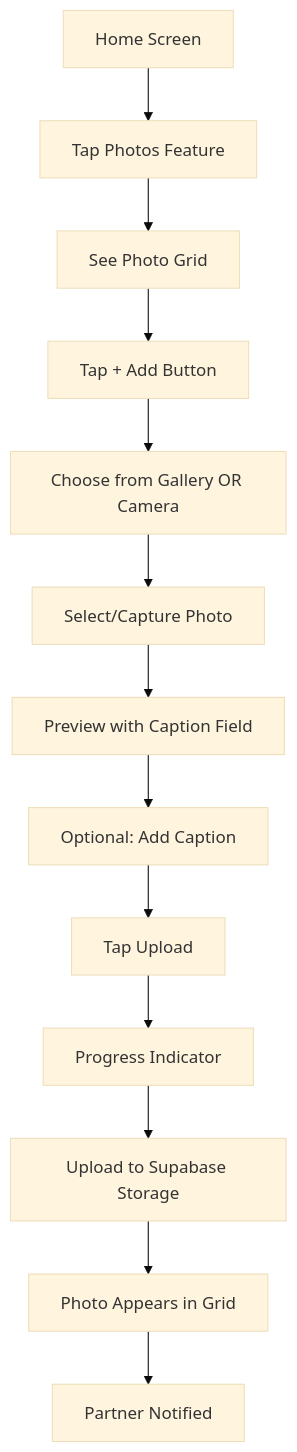
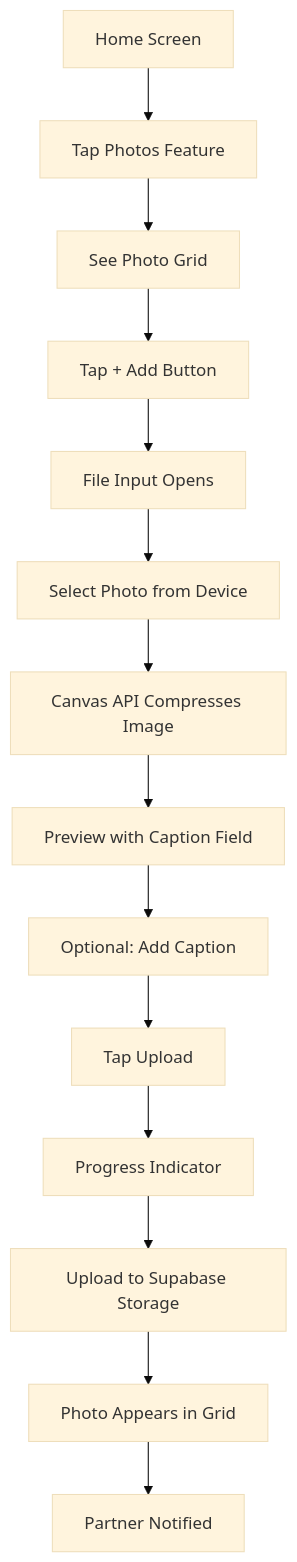
The fourth of 6 diagrams in docs/09-UX-Spec/ux-design-specification.md (Sallvainian/My-Love), drawn with Mermaid (base theme) before and after one commit. The commit also changed other lines of this file and 83 other files, not shown here.

````diff
--- a/docs/09-UX-Spec/ux-design-specification.md
+++ b/docs/09-UX-Spec/ux-design-specification.md
@@ -340,15 +345,16 @@
 ```mermaid
 graph TD
     A[Home Screen] --> B[Tap Photos Feature]
     B --> C[See Photo Grid]
     C --> D[Tap + Add Button]
-    D --> E[Choose from Gallery OR Camera]
-    E --> F[Select/Capture Photo]
-    F --> G[Preview with Caption Field]
-    G --> H[Optional: Add Caption]
-    H --> I[Tap Upload]
-    I --> J[Progress Indicator]
-    J --> K[Upload to Supabase Storage]
-    K --> L[Photo Appears in Grid]
-    L --> M[Partner Notified]
+    D --> E[File Input Opens]
+    E --> F[Select Photo from Device]
+    F --> G[Canvas API Compresses Image]
+    G --> H[Preview with Caption Field]
+    H --> I[Optional: Add Caption]
+    I --> J[Tap Upload]
+    J --> K[Progress Indicator]
+    K --> L[Upload to Supabase Storage]
+    L --> M[Photo Appears in Grid]
+    M --> N[Partner Notified]
 ```
````
